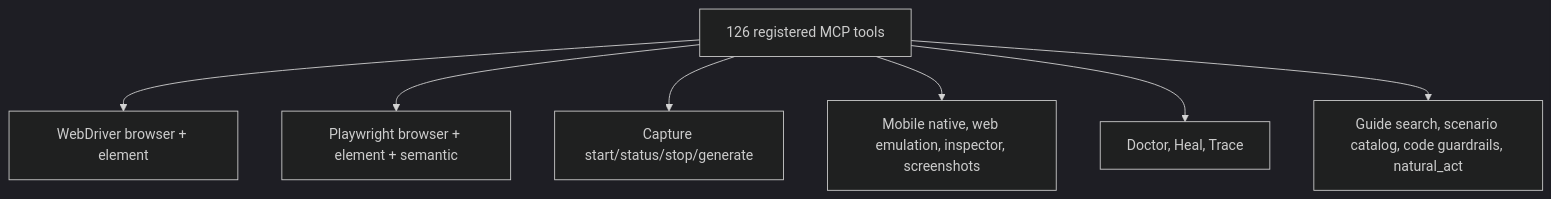
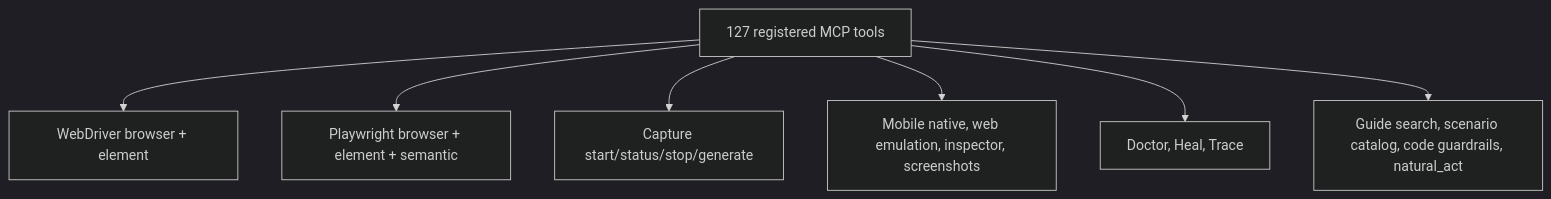
One commit to ShaftHQ/SHAFT_ENGINE changed the fourth of 4 diagrams in modular-era-feature-catalog.md. Above: the diagram before and after it, drawn with Mermaid (dark theme). The commit also changed other lines of this file and 14 other files, not shown here.

````diff
--- a/modular-era-feature-catalog.md
+++ b/modular-era-feature-catalog.md
@@ -616,9 +625,9 @@
 ```mermaid
 flowchart TB
-    A[126 registered MCP tools] --> B[WebDriver browser + element]
+    A[127 registered MCP tools] --> B[WebDriver browser + element]
     A --> C[Playwright browser + element + semantic]
     A --> D[Capture start/status/stop/generate]
     A --> E[Mobile native, web emulation, inspector, screenshots]
     A --> F[Doctor, Heal, Trace]
     A --> G[Guide search, scenario catalog, code guardrails, natural_act]
 ```
````
